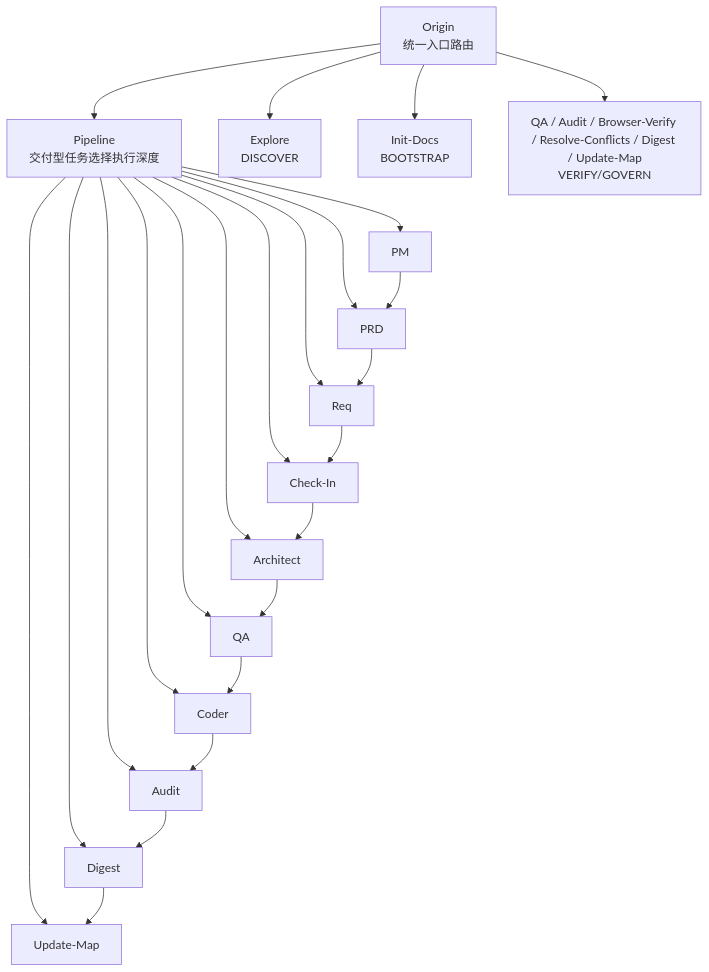
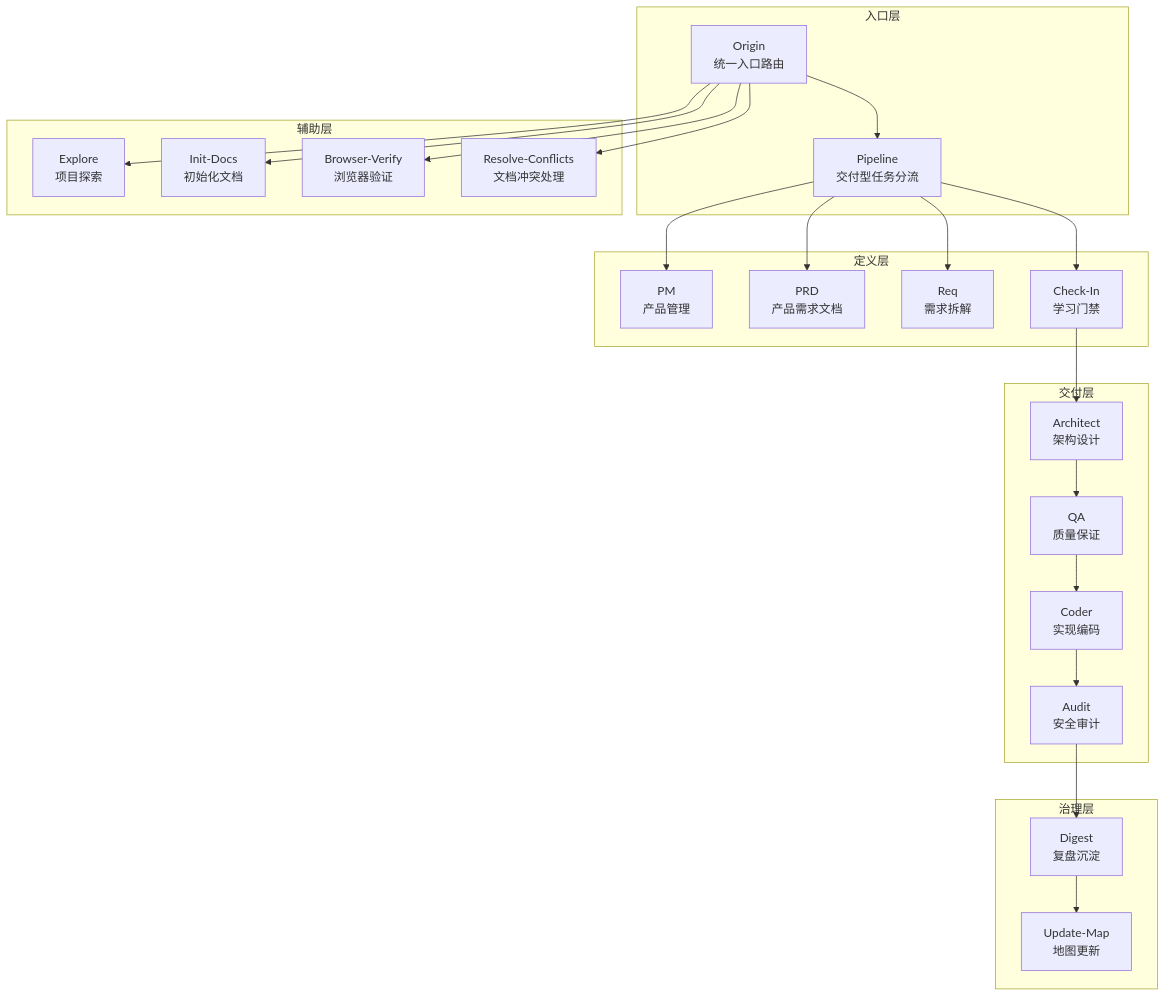
The first of 6 diagrams in .qoder/repowiki/zh/content/核心技能详解/核心技能详解.md (CryptoLinxu/Web3-AI-Agent), drawn with Mermaid before and after one commit. The commit also changed other lines of this file and 15 other files, not shown here.

````diff
--- a/.qoder/repowiki/zh/content/核心技能详解/核心技能详解.md
+++ b/.qoder/repowiki/zh/content/核心技能详解/核心技能详解.md
@@ -45,26 +51,44 @@
 ```mermaid
 graph TB
-O["Origin<br/>统一入口路由"] --> P["Pipeline<br/>交付型任务选择执行深度"]
-O --> E["Explore<br/>DISCOVER"]
-O --> ID["Init-Docs<br/>BOOTSTRAP"]
-O --> Q["QA / Audit / Browser-Verify / Resolve-Conflicts / Digest / Update-Map<br/>VERIFY/GOVERN"]
-P --> PM["PM"]
-P --> PRD["PRD"]
-P --> REQ["Req"]
-P --> CI["Check-In"]
-P --> AR["Architect"]
-P --> QA["QA"]
-P --> CD["Coder"]
-P --> AU["Audit"]
-P --> DG["Digest"]
-P --> UM["Update-Map"]
-PM --> PRD
-PRD --> REQ
-REQ --> CI
+subgraph "入口层"
+O["Origin<br/>统一入口路由"]
+P["Pipeline<br/>交付型任务分流"]
+end
+subgraph "定义层"
+PM["PM<br/>产品管理"]
+PRD["PRD<br/>产品需求文档"]
+REQ["Req<br/>需求拆解"]
+CI["Check-In<br/>学习门禁"]
+end
+subgraph "交付层"
+AR["Architect<br/>架构设计"]
+QA["QA<br/>质量保证"]
+CD["Coder<br/>实现编码"]
+AU["Audit<br/>安全审计"]
+end
+subgraph "治理层"
+DG["Digest<br/>复盘沉淀"]
+UM["Update-Map<br/>地图更新"]
+end
+subgraph "辅助层"
+EX["Explore<br/>项目探索"]
+ID["Init-Docs<br/>初始化文档"]
+BV["Browser-Verify<br/>浏览器验证"]
+RC["Resolve-Conflicts<br/>文档冲突处理"]
+end
+O --> P
+P --> PM
+P --> PRD
+P --> REQ
+P --> CI
 CI --> AR
 AR --> QA
 QA --> CD
 CD --> AU
 AU --> DG
 DG --> UM
+O --> EX
+O --> ID
+O --> BV
+O --> RC
 ```
````
